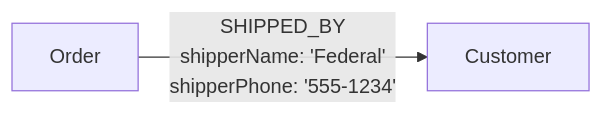
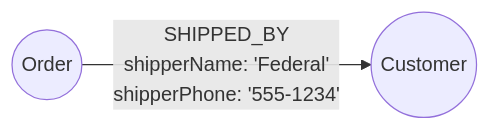
One commit to neo4j-graphacademy/courses changed the ninth of 13 diagrams in asciidoc/courses/workshop-importing/modules/2-data-modeling/lessons/7-refactoring/lesson.adoc. Above: the diagram before and after it, drawn with Mermaid. The commit also changed other lines of this file and 15 other files, not shown here.

````diff
--- a/asciidoc/courses/workshop-importing/modules/2-data-modeling/lessons/7-refactoring/lesson.adoc
+++ b/asciidoc/courses/workshop-importing/modules/2-data-modeling/lessons/7-refactoring/lesson.adoc
@@ -181,4 +181,4 @@
 ```mermaid
 graph LR
-    A[Order] -->|"SHIPPED_BY<br/>shipperName: 'Federal'<br/>shipperPhone: '555-1234'"| B[Customer]
+    A((Order)) -->|"SHIPPED_BY<br/>shipperName: 'Federal'<br/>shipperPhone: '555-1234'"| B((Customer))
 ```
````
